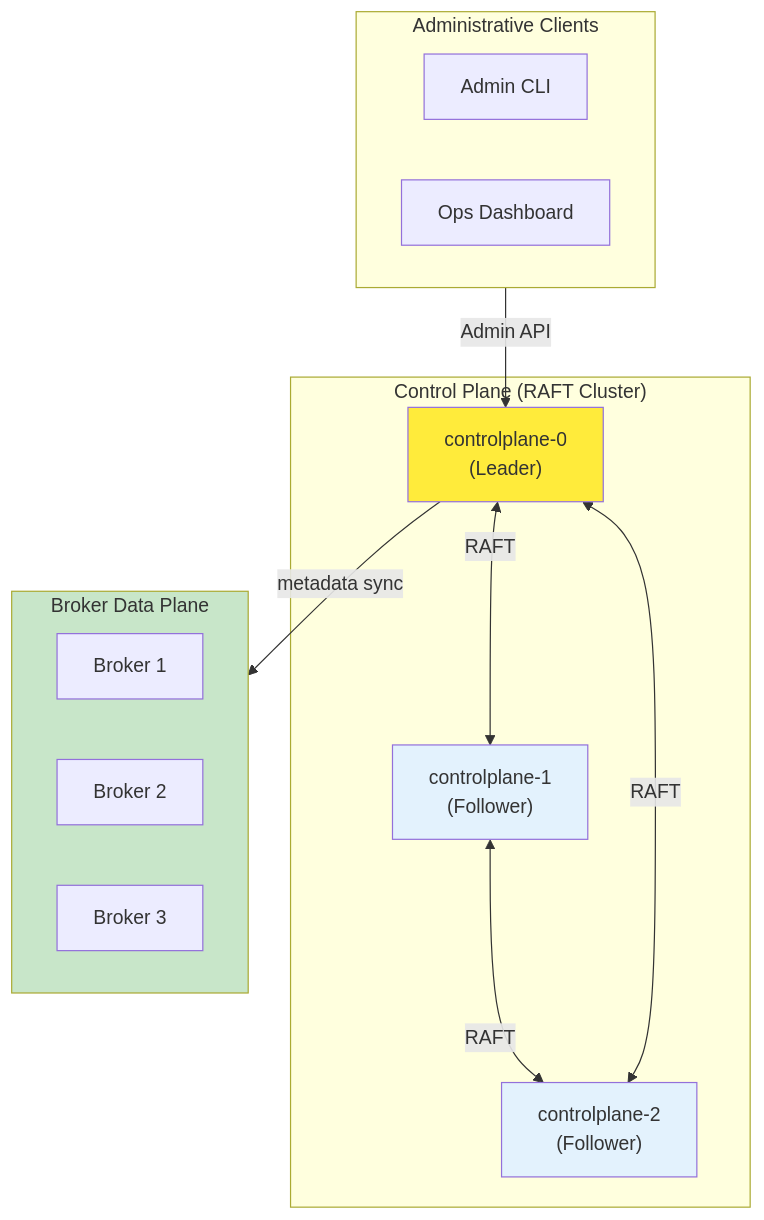
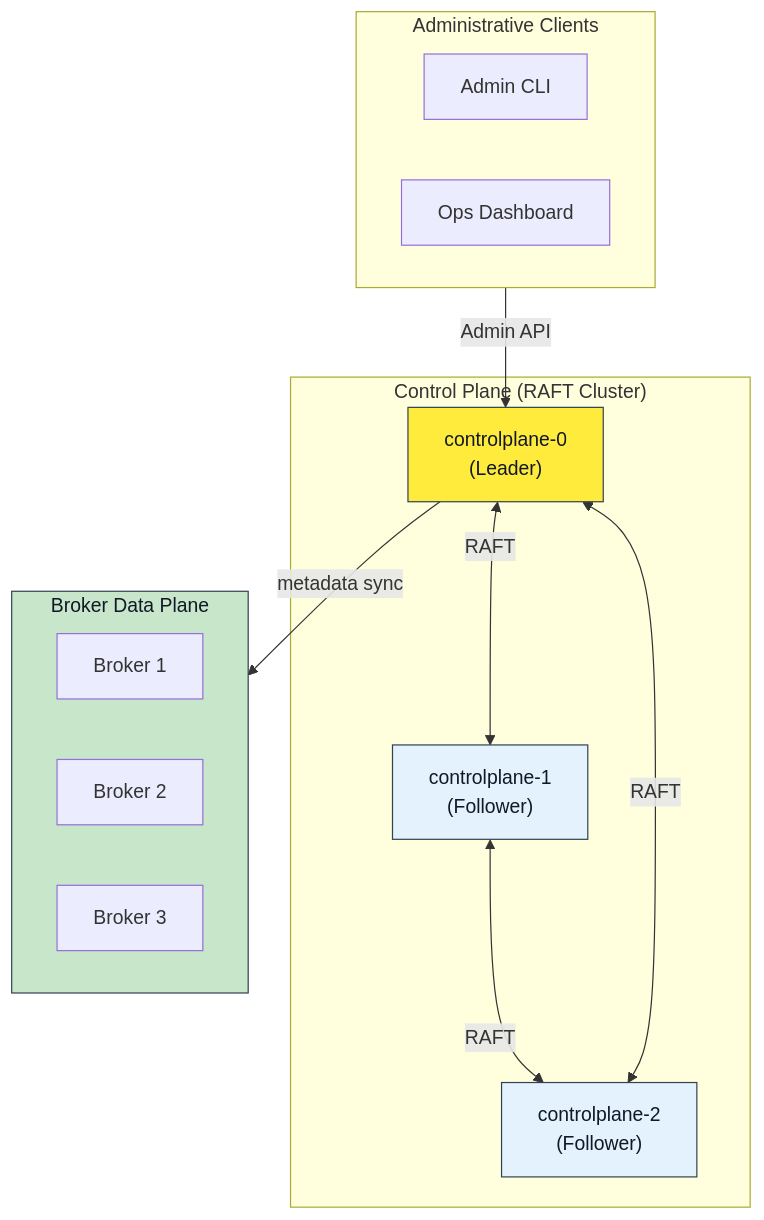
One commit to gabloe/felix changed the first of 3 diagrams in docs-site/src/content/docs/api/control-plane-api.md. Above: the diagram before and after it, drawn with Mermaid. The commit also changed 36 other files, not shown here.

````diff
--- a/docs-site/src/content/docs/api/control-plane-api.md
+++ b/docs-site/src/content/docs/api/control-plane-api.md
@@ -147,31 +147,31 @@
 ```mermaid
 graph TB
     subgraph CONTROLPLANE["Control Plane (RAFT Cluster)"]
         CONTROLPLANE1["controlplane-0<br/>(Leader)"]
         CONTROLPLANE2["controlplane-1<br/>(Follower)"]
         CONTROLPLANE3["controlplane-2<br/>(Follower)"]
         
         CONTROLPLANE1 <-->|RAFT| CONTROLPLANE2
         CONTROLPLANE2 <-->|RAFT| CONTROLPLANE3
         CONTROLPLANE1 <-->|RAFT| CONTROLPLANE3
     end
     
     subgraph Brokers["Broker Data Plane"]
         B1[Broker 1]
         B2[Broker 2]
         B3[Broker 3]
     end
     
     subgraph Clients["Administrative Clients"]
         Admin[Admin CLI]
         Ops[Ops Dashboard]
     end
     
     CONTROLPLANE1 -->|metadata sync| Brokers
     Clients -->|Admin API| CONTROLPLANE1
     
-    style CONTROLPLANE1 fill:#ffeb3b
-    style CONTROLPLANE2 fill:#e3f2fd
-    style CONTROLPLANE3 fill:#e3f2fd
-    style Brokers fill:#c8e6c9
+    style CONTROLPLANE1 fill:#ffeb3b,stroke:#334155,color:#111827
+    style CONTROLPLANE2 fill:#e3f2fd,stroke:#334155,color:#111827
+    style CONTROLPLANE3 fill:#e3f2fd,stroke:#334155,color:#111827
+    style Brokers fill:#c8e6c9,stroke:#334155,color:#111827
 ```
````
